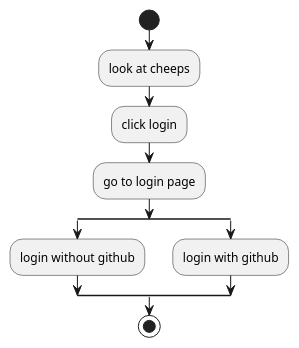
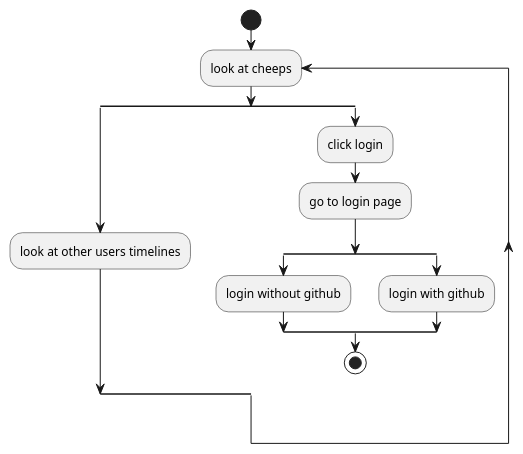
One commit to ITU-BDSA-GROUP2/Chirp changed the diagram in docs/diagrams/nonauthorizedUserWithLoginActivityDiagram.puml. Above: the diagram before and after it, drawn with PlantUML. The commit also changed 1 other file, not shown here.

Commit message:
changed the 2 first diagrams in user activity

```diff
--- a/docs/diagrams/nonauthorizedUserWithLoginActivityDiagram.puml
+++ b/docs/diagrams/nonauthorizedUserWithLoginActivityDiagram.puml
@@ -1,12 +1,17 @@
 @startuml nonauthorizedUserWithLoginActivityDiagram
 start
-:look at cheeps;
+repeat :look at cheeps;
+split
+:look at other users timelines;
+
+
+split again
 :click login;
 :go to login page;
 split
 :login without github;
 split again
 :login with github;
 end split
 stop
 @enduml
```
